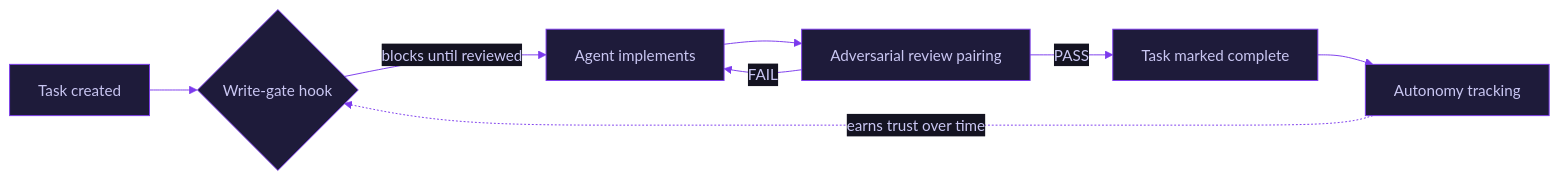
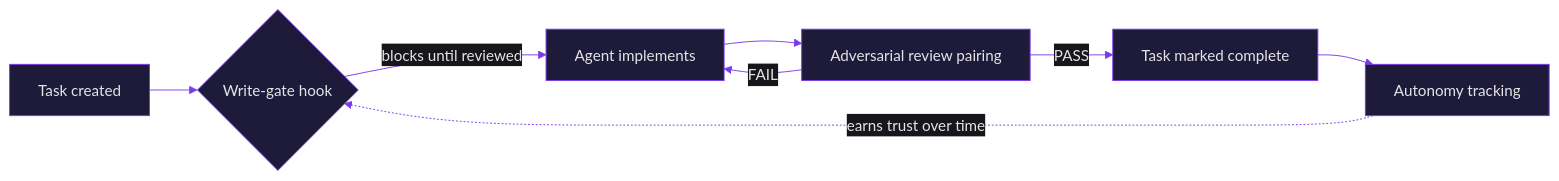
Before and after one commit to herakles-dev/herakles-dev: the diagram in README.md, drawn with Mermaid. The commit also changed 12 other files, not shown here.

````diff
--- a/README.md
+++ b/README.md
@@ -88,24 +88,24 @@
 ```mermaid
 %%{init: {'theme': 'base', 'themeVariables': {
   'primaryColor': '#1e1b3a',
-  'primaryTextColor': '#c9c6f2',
+  'primaryTextColor': '#e4e4e7',
   'primaryBorderColor': '#7C3AED',
   'lineColor': '#7C3AED',
-  'secondaryColor': '#141321',
-  'tertiaryColor': '#141321',
-  'background': '#141321',
+  'secondaryColor': '#17171b',
+  'tertiaryColor': '#17171b',
+  'background': '#17171b',
   'mainBkg': '#1e1b3a',
   'nodeBorder': '#7C3AED',
-  'clusterBkg': '#141321',
-  'edgeLabelBackground': '#141321',
+  'clusterBkg': '#17171b',
+  'edgeLabelBackground': '#17171b',
   'fontFamily': 'JetBrains Mono, ui-monospace, monospace'
 }}}%%
 flowchart LR
     T[Task created] --> W{Write-gate hook}
     W -->|blocks until reviewed| I[Agent implements]
     I --> R[Adversarial review pairing]
     R -->|FAIL| I
     R -->|PASS| C[Task marked complete]
     C --> A[Autonomy tracking]
     A -.->|earns trust over time| W
 ```
````
